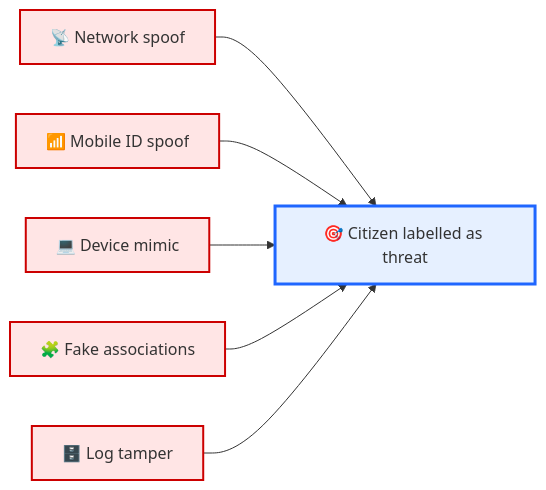
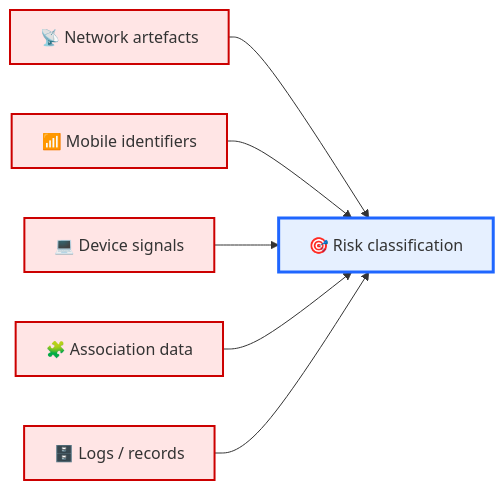
The third of 4 diagrams in Disruption_Kit/Big_Picture_Protocols/🦕_Elder_Influencers/🕸️_World_Webs/⚖️_surveillance_osa_citizen_forking_meganode.md (josefsbreakfast/Polaris-Protocol), drawn with Mermaid before and after one commit. The commit also changed other lines of this file, not shown here.

````diff
--- a/Disruption_Kit/Big_Picture_Protocols/🦕_Elder_Influencers/🕸️_World_Webs/⚖️_surveillance_osa_citizen_forking_meganode.md
+++ b/Disruption_Kit/Big_Picture_Protocols/🦕_Elder_Influencers/🕸️_World_Webs/⚖️_surveillance_osa_citizen_forking_meganode.md
@@ -112,18 +114,18 @@
 ```mermaid
 graph LR
-    RISK["🎯 Citizen labelled as threat"]:::core
-    NET["📡 Network spoof"]:::attack
-    MOB["📶 Mobile ID spoof"]:::attack
-    DEV["💻 Device mimic"]:::attack
-    ASSOC["🧩 Fake associations"]:::attack
-    LOGS["🗄️ Log tamper"]:::attack
+    RISK["🎯 Risk classification"]:::core
+    NET["📡 Network artefacts"]:::attack
+    MOB["📶 Mobile identifiers"]:::attack
+    DEV["💻 Device signals"]:::attack
+    ASSOC["🧩 Association data"]:::attack
+    LOGS["🗄️ Logs / records"]:::attack
 
     NET --> RISK
     MOB --> RISK
     DEV --> RISK
     ASSOC --> RISK
     LOGS --> RISK
 
     classDef core fill:#e6f0ff,stroke:#1f66ff,stroke-width:3px;
     classDef attack fill:#ffe5e5,stroke:#cc0000,stroke-width:2px;
 ```
````
